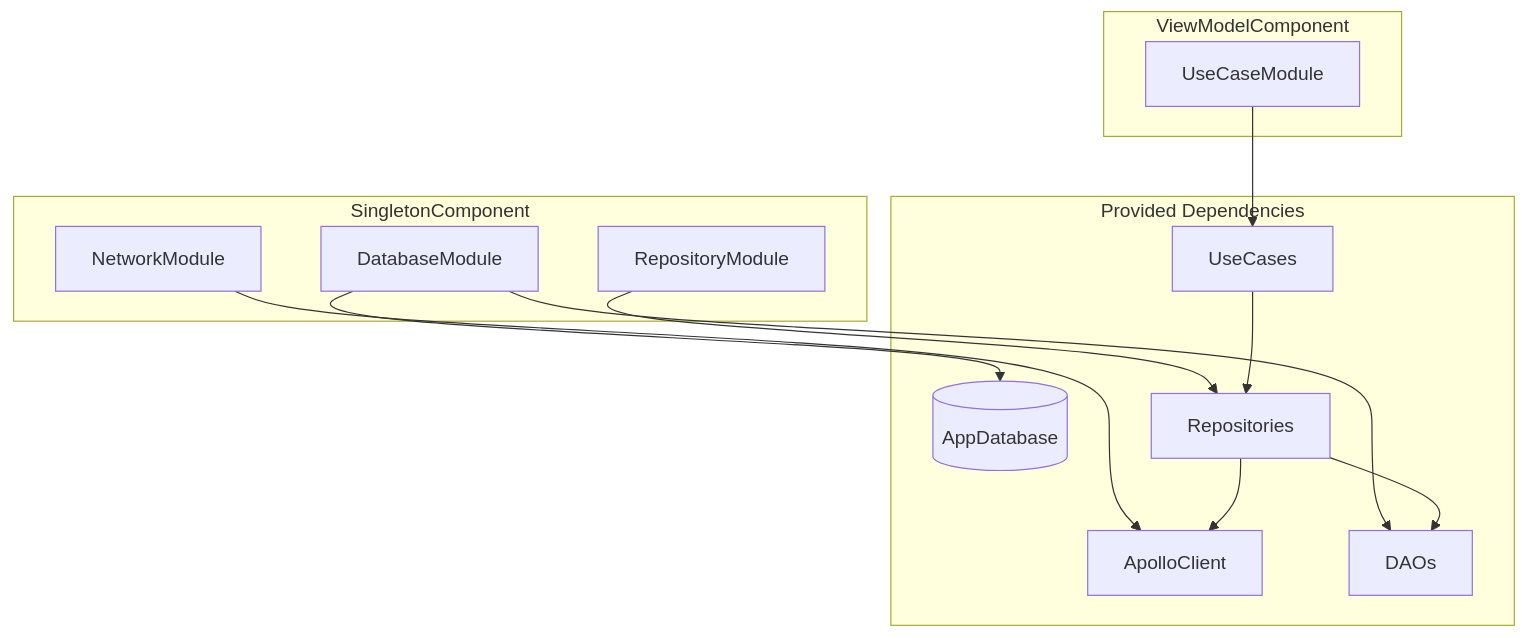
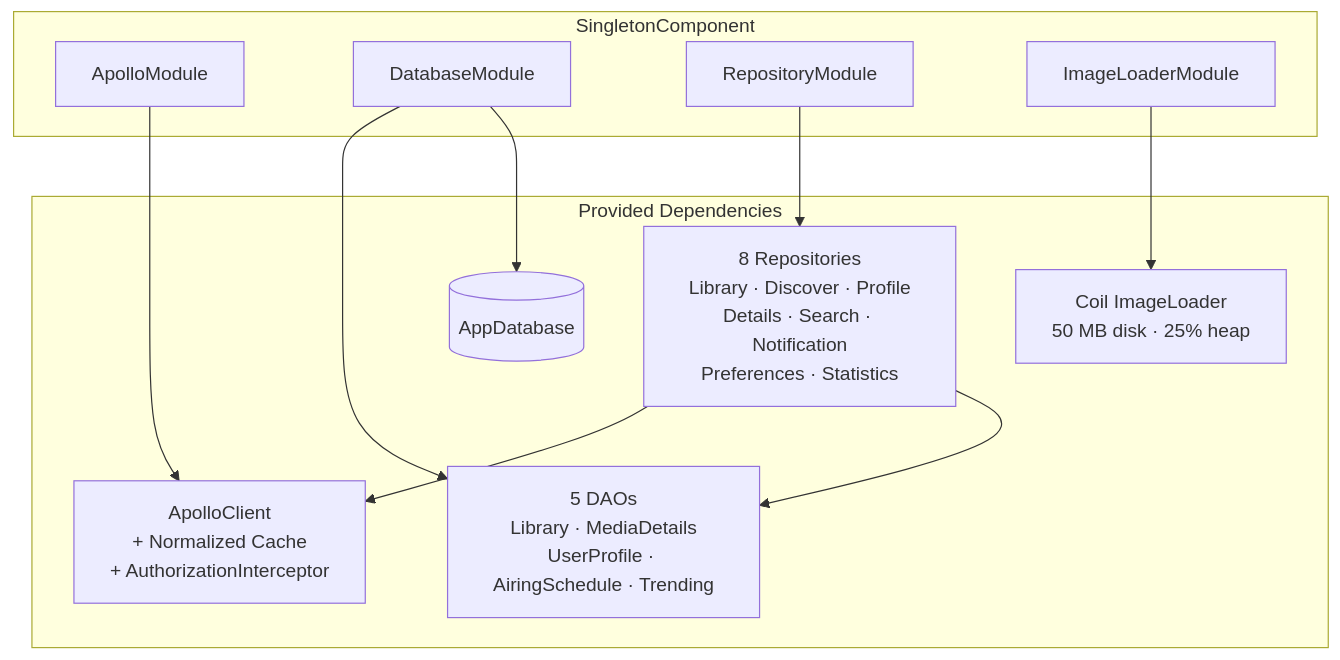
One commit to Marco-9456/AniSync changed the seventh of 9 diagrams in docs/ARCHITECTURE.md. Above: the diagram before and after it, drawn with Mermaid. The commit also changed other lines of this file and 6 other files, not shown here.

````diff
--- a/docs/ARCHITECTURE.md
+++ b/docs/ARCHITECTURE.md
@@ -293,30 +296,26 @@
 ```mermaid
 flowchart TB
     subgraph "SingletonComponent"
-        NM[NetworkModule]
+        AM[ApolloModule]
         DBM[DatabaseModule]
         RM[RepositoryModule]
-    end
-
-    subgraph "ViewModelComponent"
-        UCM[UseCaseModule]
+        ILM[ImageLoaderModule]
     end
 
     subgraph "Provided Dependencies"
-        AC[ApolloClient]
+        AC[ApolloClient<br/>+ Normalized Cache<br/>+ AuthorizationInterceptor]
         DB[(AppDatabase)]
-        DAOs[DAOs]
-        REPOS[Repositories]
-        UCs[UseCases]
+        DAOs[5 DAOs<br/>Library · MediaDetails<br/>UserProfile · AiringSchedule · Trending]
+        REPOS[8 Repositories<br/>Library · Discover · Profile<br/>Details · Search · Notification<br/>Preferences · Statistics]
+        IL[Coil ImageLoader<br/>50 MB disk · 25% heap]
     end
 
-    NM --> AC
+    AM --> AC
     DBM --> DB
     DBM --> DAOs
     RM --> REPOS
-    UCM --> UCs
+    ILM --> IL
 
     REPOS --> DAOs
     REPOS --> AC
-    UCs --> REPOS
 ```
````
